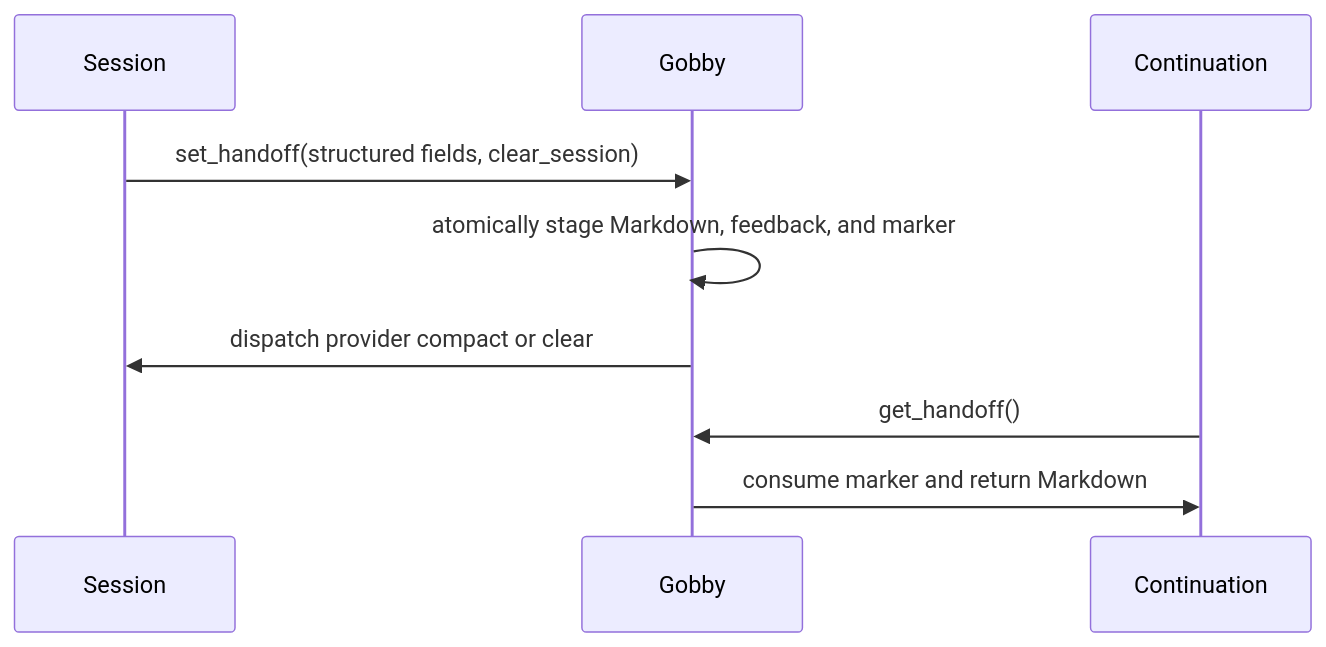
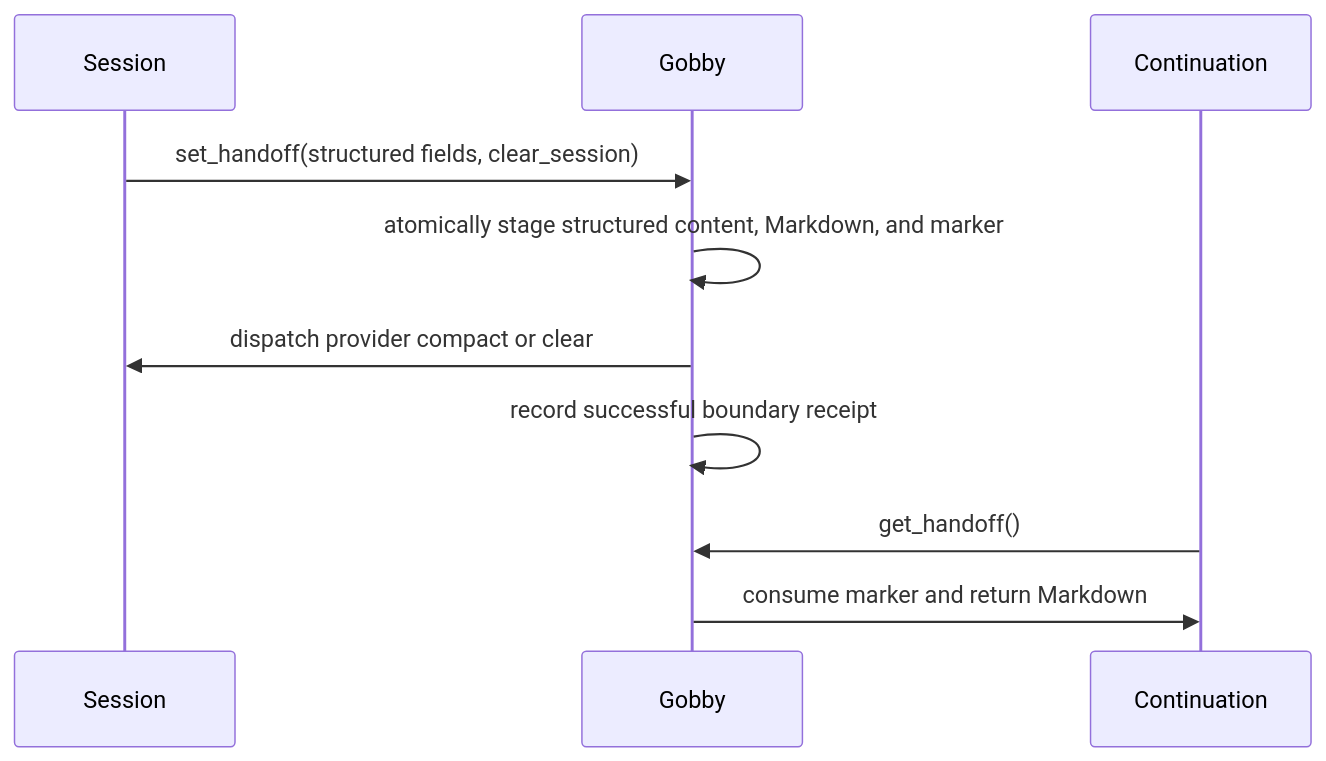
Before and after one commit to GobbyAI/gobby: the second of 2 diagrams in docs/guides/sessions.md, drawn with Mermaid. The commit also changed other lines of this file and 26 other files, not shown here.

Commit message:
[gobby-#21693] feat: persist structured handoff delivery history

````diff
--- a/docs/guides/sessions.md
+++ b/docs/guides/sessions.md
@@ -346,12 +346,13 @@
 ```mermaid
 sequenceDiagram
     participant Session
     participant Gobby
     participant Continuation
 
     Session->>Gobby: set_handoff(structured fields, clear_session)
-    Gobby->>Gobby: atomically stage Markdown, feedback, and marker
+    Gobby->>Gobby: atomically stage structured content, Markdown, and marker
     Gobby->>Session: dispatch provider compact or clear
+    Gobby->>Gobby: record successful boundary receipt
     Continuation->>Gobby: get_handoff()
     Gobby->>Continuation: consume marker and return Markdown
 ```
````
